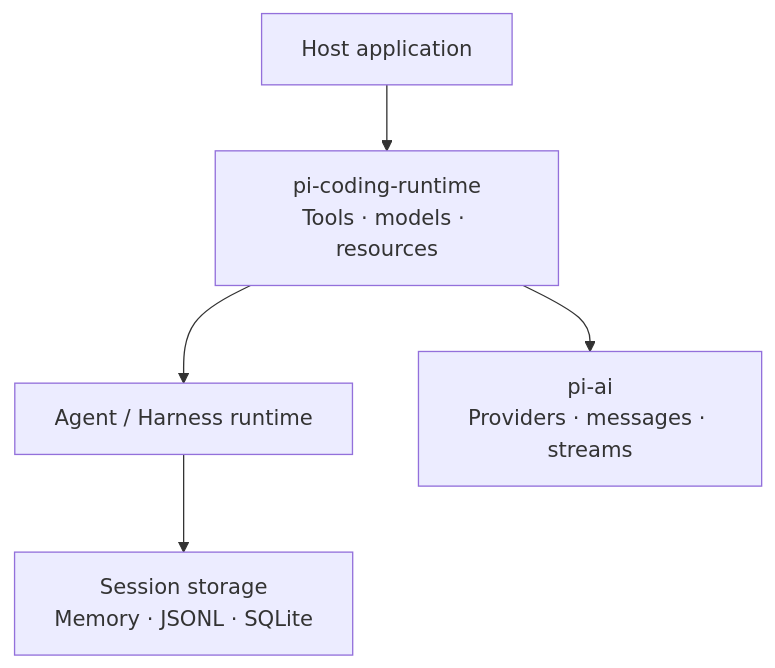
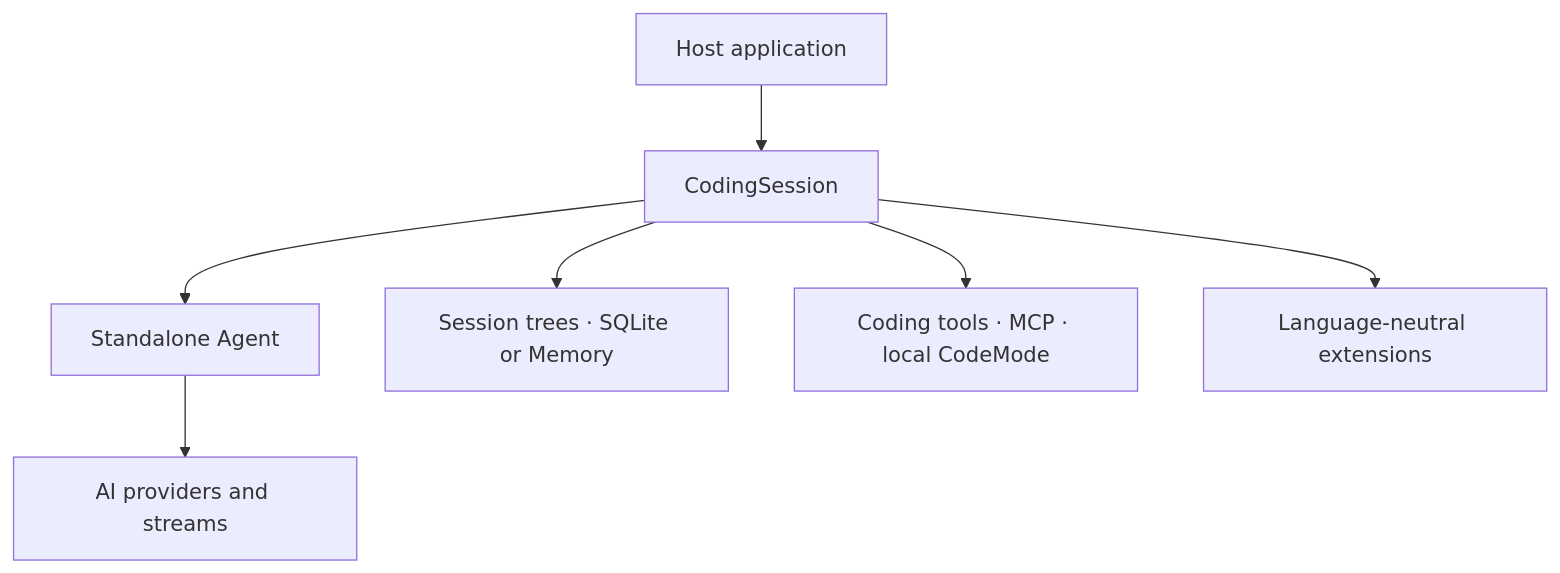
Before and after one commit to utopia2077/pirua: the diagram in README.md, drawn with Mermaid. The commit also changed other lines of this file and 121 other files, not shown here.

````diff
--- a/README.md
+++ b/README.md
@@ -123,7 +129,9 @@
 ```mermaid
 flowchart TD
-    Host["Host application"] --> Coding["pi-coding-runtime<br/>Tools · models · resources"]
-    Coding --> Agent["Agent / Harness runtime"]
-    Coding --> AI["pi-ai<br/>Providers · messages · streams"]
-    Agent --> Sessions["Session storage<br/>Memory · JSONL · SQLite"]
+    Host["Host application"] --> Coding["CodingSession"]
+    Coding --> Agent["Standalone Agent"]
+    Agent --> AI["AI providers and streams"]
+    Coding --> Sessions["Session trees · SQLite or Memory"]
+    Coding --> Tools["Coding tools · MCP · local CodeMode"]
+    Coding --> Extensions["Language-neutral extensions"]
 ```
````
